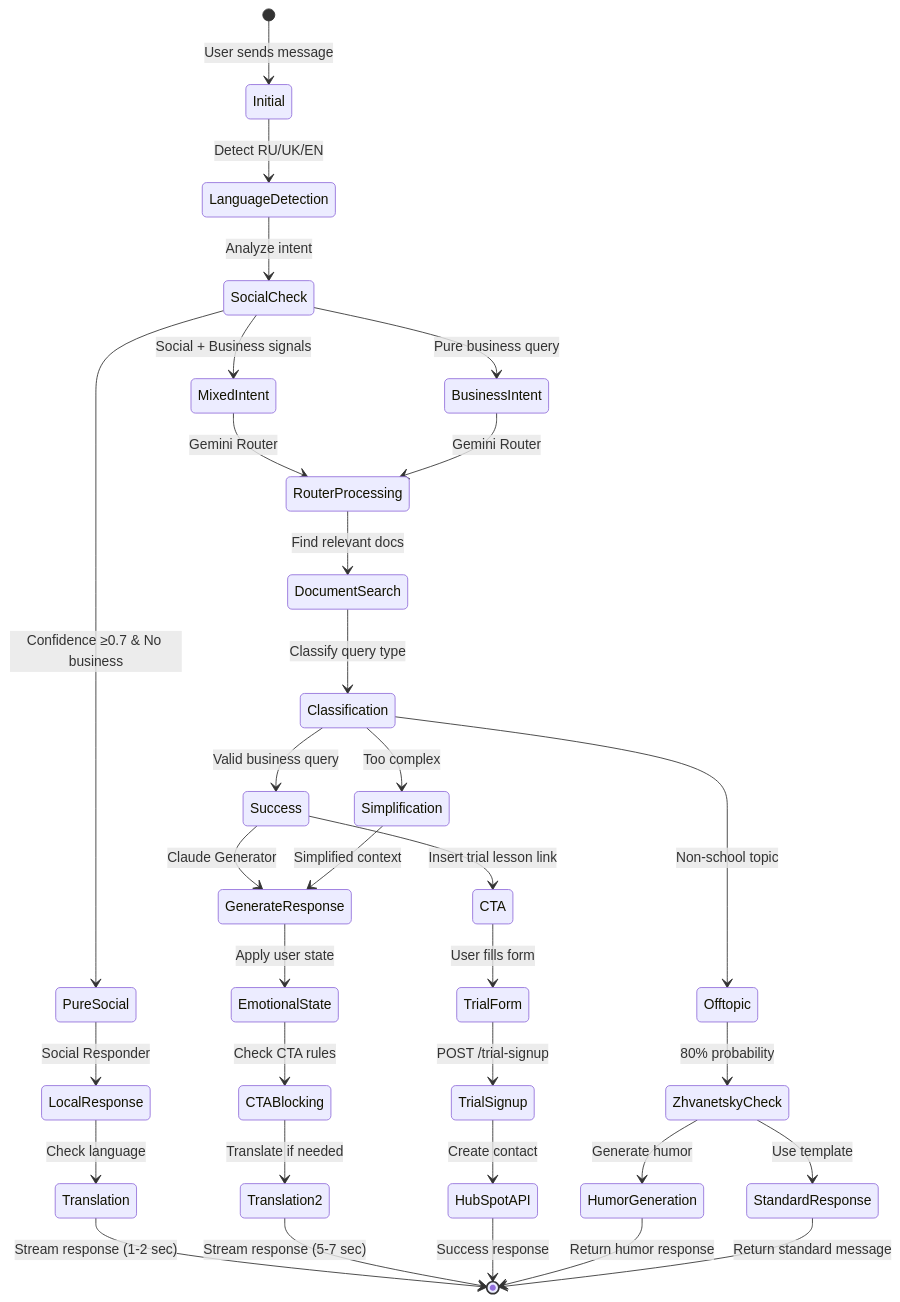
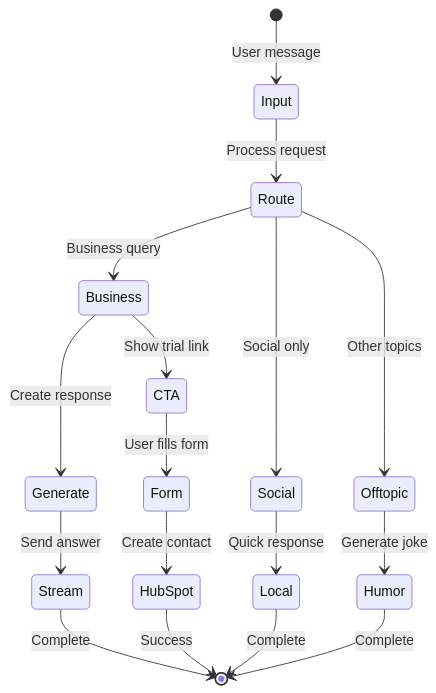
One commit to shao3d/Ukido_DynContInj changed the third of 5 diagrams in README.md. Above: the diagram before and after it, drawn with Mermaid. The commit also changed other lines of this file, not shown here.

First line of the commit message:
fix: Упрощение Mermaid диаграмм для GitHub совместимости

````diff
--- a/README.md
+++ b/README.md
@@ -293,44 +226,23 @@
 ```mermaid
 stateDiagram-v2
-    [*] --> Initial: User sends message
-    Initial --> LanguageDetection: Detect RU/UK/EN
-    LanguageDetection --> SocialCheck: Analyze intent
+    [*] --> Input: User message
+    Input --> Route: Process request
+    Route --> Business: Business query
+    Route --> Social: Social only
+    Route --> Offtopic: Other topics
 
-    SocialCheck --> PureSocial: Confidence ≥0.7 & No business
-    SocialCheck --> MixedIntent: Social + Business signals
-    SocialCheck --> BusinessIntent: Pure business query
+    Business --> Generate: Create response
+    Generate --> Stream: Send answer
+    Stream --> [*]: Complete
 
-    PureSocial --> LocalResponse: Social Responder
-    LocalResponse --> Translation: Check language
-    Translation --> [*]: Stream response (1-2 sec)
+    Social --> Local: Quick response
+    Local --> [*]: Complete
 
-    MixedIntent --> RouterProcessing: Gemini Router
-    BusinessIntent --> RouterProcessing: Gemini Router
+    Offtopic --> Humor: Generate joke
+    Humor --> [*]: Complete
 
-    RouterProcessing --> DocumentSearch: Find relevant docs
-    DocumentSearch --> Classification: Classify query type
-
-    Classification --> Success: Valid business query
-    Classification --> Offtopic: Non-school topic
-    Classification --> Simplification: Too complex
-
-    Success --> GenerateResponse: Claude Generator
-    GenerateResponse --> EmotionalState: Apply user state
-    EmotionalState --> CTABlocking: Check CTA rules
-    CTABlocking --> Translation2: Translate if needed
-    Translation2 --> [*]: Stream response (5-7 sec)
-
-    Success --> CTA: Insert trial lesson link
-    CTA --> TrialForm: User fills form
-    TrialForm --> TrialSignup: POST /trial-signup
-    TrialSignup --> HubSpotAPI: Create contact
-    HubSpotAPI --> [*]: Success response
-
-    Offtopic --> ZhvanetskyCheck: 80% probability
-    ZhvanetskyCheck --> HumorGeneration: Generate humor
-    ZhvanetskyCheck --> StandardResponse: Use template
-    HumorGeneration --> [*]: Return humor response
-    StandardResponse --> [*]: Return standard message
-
-    Simplification --> GenerateResponse: Simplified context
+    Business --> CTA: Show trial link
+    CTA --> Form: User fills form
+    Form --> HubSpot: Create contact
+    HubSpot --> [*]: Success
 ```
````
